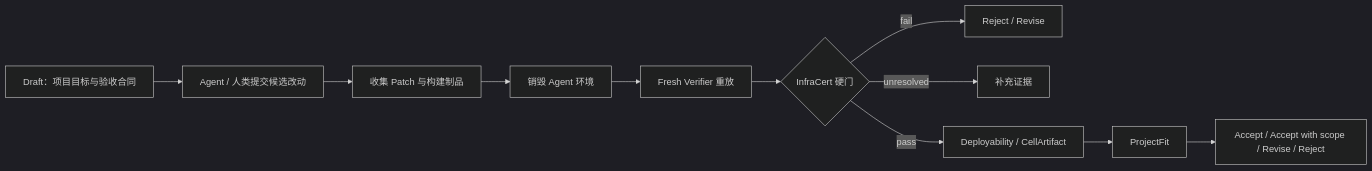
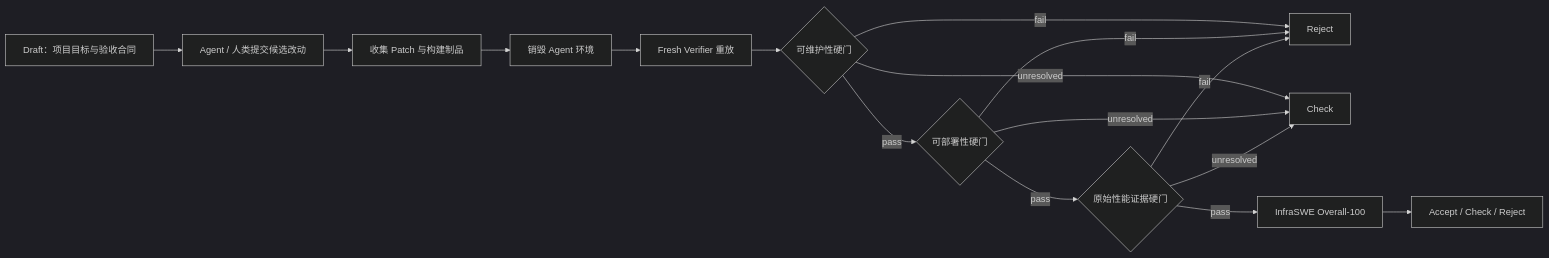
One commit to 0z5a/InfraSWE changed the diagram in PROJECT_OVERVIEW_ZH.md. Above: the diagram before and after it, drawn with Mermaid (dark theme). The commit also changed other lines of this file and 23 other files, not shown here.

````diff
--- a/PROJECT_OVERVIEW_ZH.md
+++ b/PROJECT_OVERVIEW_ZH.md
@@ -26,13 +26,18 @@
 ```mermaid
 flowchart LR
     A["Draft：项目目标与验收合同"] --> B["Agent / 人类提交候选改动"]
     B --> C["收集 Patch 与构建制品"]
     C --> D["销毁 Agent 环境"]
     D --> E["Fresh Verifier 重放"]
-    E --> F{"InfraCert 硬门"}
-    F -->|"fail"| G["Reject / Revise"]
-    F -->|"unresolved"| H["补充证据"]
-    F -->|"pass"| I["Deployability / CellArtifact"]
-    I --> J["ProjectFit"]
-    J --> K["Accept / Accept with scope / Revise / Reject"]
+    E --> F{"可维护性硬门"}
+    F -->|"fail"| G["Reject"]
+    F -->|"unresolved"| H["Check"]
+    F -->|"pass"| I{"可部署性硬门"}
+    I -->|"fail"| G
+    I -->|"unresolved"| H
+    I -->|"pass"| J{"原始性能证据硬门"}
+    J -->|"fail"| G
+    J -->|"unresolved"| H
+    J -->|"pass"| K["InfraSWE Overall-100"]
+    K --> L["Accept / Check / Reject"]
 ```
````
